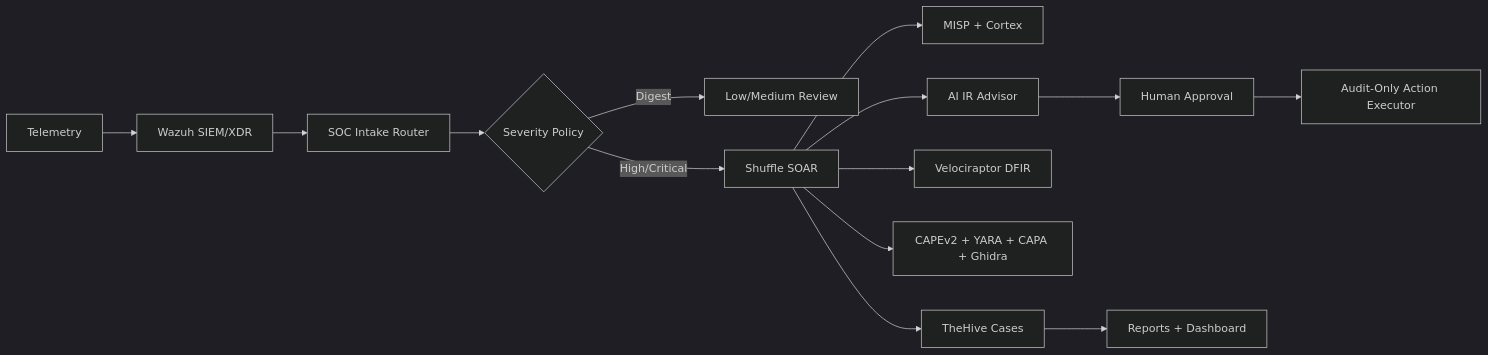
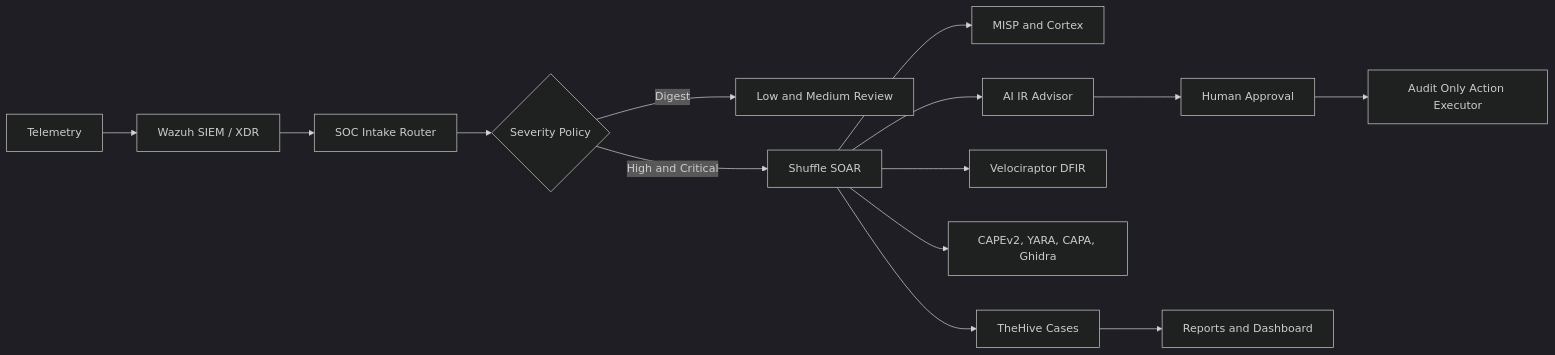
Before and after one commit to samli-neo/soc-ai-homelab: the diagram in README.md, drawn with Mermaid (dark theme).

Commit message:
Fix README Mermaid diagram rendering

````diff
--- a/README.md
+++ b/README.md
@@ -38,16 +38,16 @@
 ```mermaid
 flowchart LR
-    A[Telemetry] --> B[Wazuh SIEM/XDR]
-    B --> C[SOC Intake Router]
-    C --> D{Severity Policy}
-    D -->|Digest| E[Low/Medium Review]
-    D -->|High/Critical| F[Shuffle SOAR]
-    F --> G[MISP + Cortex]
-    F --> H[TheHive Cases]
-    F --> I[Velociraptor DFIR]
-    F --> J[CAPEv2 + YARA + CAPA + Ghidra]
-    F --> K[AI IR Advisor]
-    K --> L[Human Approval]
-    L --> M[Audit-Only Action Executor]
-    H --> N[Reports + Dashboard]
+    A["Telemetry"] --> B["Wazuh SIEM / XDR"]
+    B --> C["SOC Intake Router"]
+    C --> D{"Severity Policy"}
+    D -->|"Digest"| E["Low and Medium Review"]
+    D -->|"High and Critical"| F["Shuffle SOAR"]
+    F --> G["MISP and Cortex"]
+    F --> H["TheHive Cases"]
+    F --> I["Velociraptor DFIR"]
+    F --> J["CAPEv2, YARA, CAPA, Ghidra"]
+    F --> K["AI IR Advisor"]
+    K --> L["Human Approval"]
+    L --> M["Audit Only Action Executor"]
+    H --> N["Reports and Dashboard"]
 ```
````
